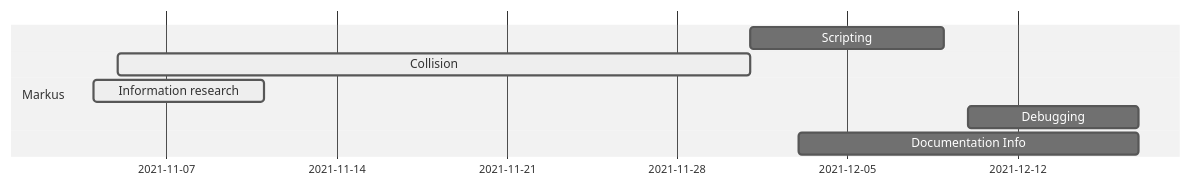
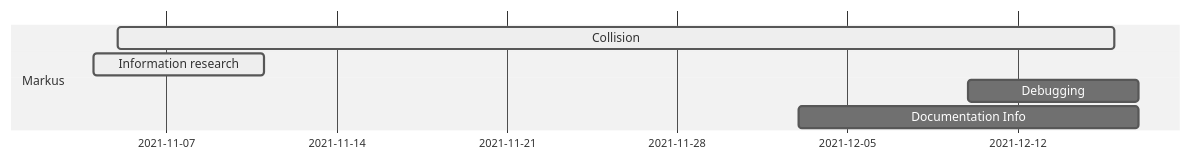
Before and after one commit to IlkkaTakala/Eril-Engine: the fifth of 7 diagrams in docs/ProjectPlan.md, drawn with Mermaid (neutral theme). The commit also changed other lines of this file, not shown here.

Commit message:
Updated timelines

````diff
--- a/docs/ProjectPlan.md
+++ b/docs/ProjectPlan.md
@@ -121,11 +112,10 @@
 ```mermaid
 gantt
 dateFormat  DD-MM
 
 section Markus
-Scripting               :         mades2, after mades3, 09-12
-Collision               :active,  mades3, 05-11, 01-12
+Collision               :active,  mades3, 05-11, 16-12
 Information research    :active,  mades6, 04-11, 11-11
 Debugging               :         mades8, 10-12, 17-12
 Documentation Info      :         mades9, 03-12, 17-12
 ```
````
